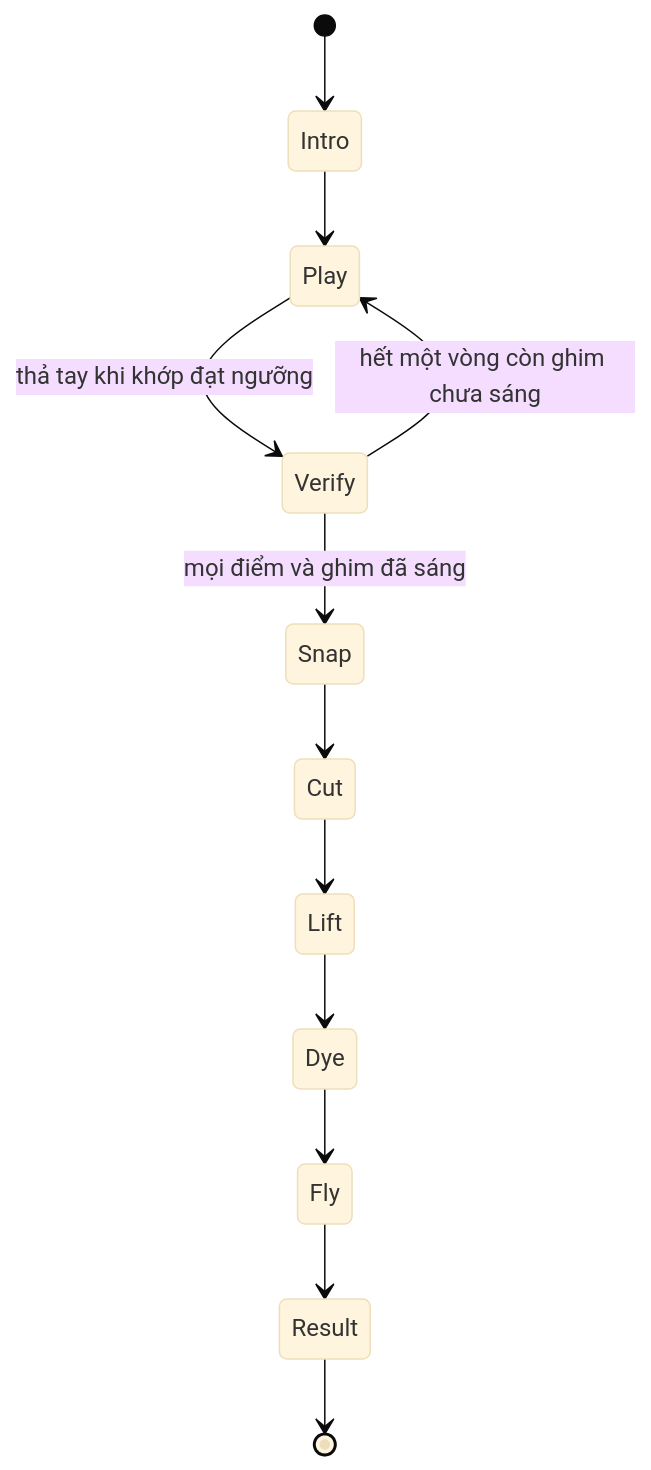
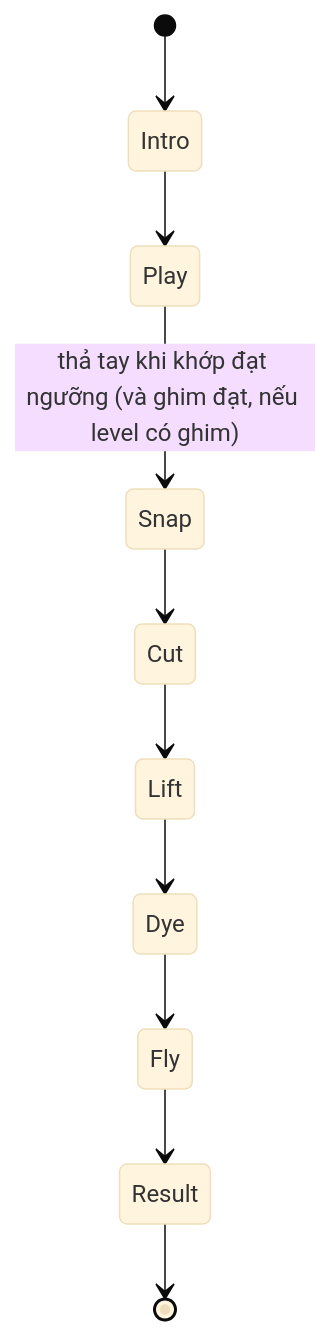
The third of 3 diagrams in Assets/Docs/GraphNode-Puzzle-Kien-truc.md (Labyrinth-solv/GraphNode-Puzzle), drawn with Mermaid (base theme) before and after one commit. The commit also changed other lines of this file and 1 other file, not shown here.

Commit message:
docs: win on release without verify loop, snap to nearest outline, cozy art direction, thresholds

````diff
--- a/Assets/Docs/GraphNode-Puzzle-Kien-truc.md
+++ b/Assets/Docs/GraphNode-Puzzle-Kien-truc.md
@@ -233,14 +233,12 @@
 ```mermaid
 stateDiagram-v2
     [*] --> Intro
     Intro --> Play
-    Play --> Verify: thả tay khi khớp đạt ngưỡng
-    Verify --> Play: hết một vòng còn ghim chưa sáng
-    Verify --> Snap: mọi điểm và ghim đã sáng
+    Play --> Snap: thả tay khi khớp đạt ngưỡng (và ghim đạt, nếu level có ghim)
     Snap --> Cut
     Cut --> Lift
     Lift --> Dye
     Dye --> Fly
     Fly --> Result
     Result --> [*]
 ```
````
